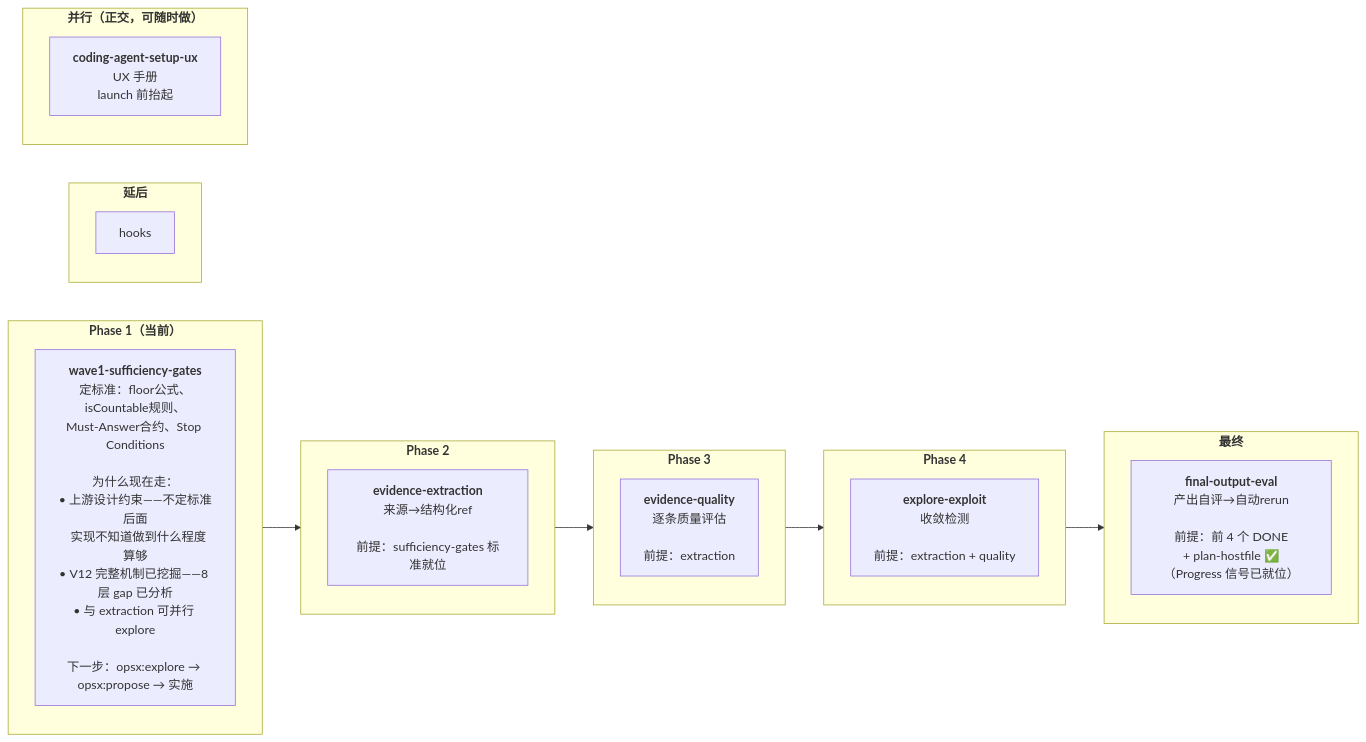
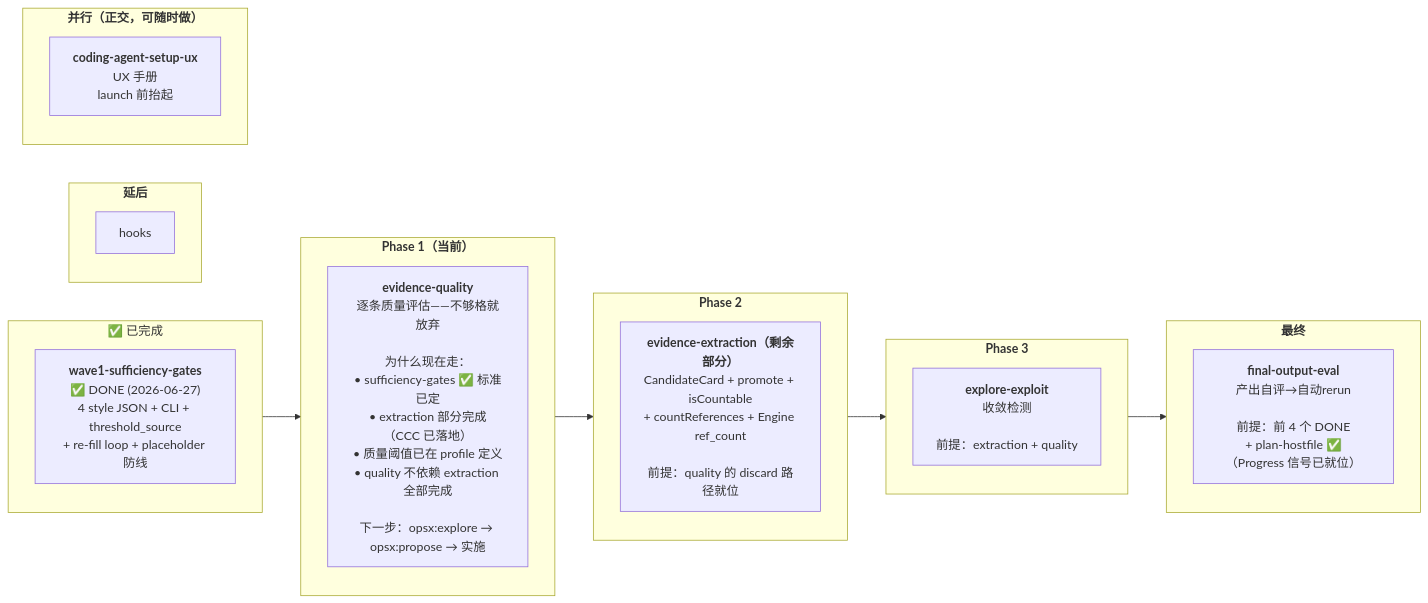
The third of 3 diagrams in _backlog/README.md (ethan-jiang-1/ai_tool_deepresearch), drawn with Mermaid before and after one commit. The commit also changed other lines of this file and 26 other files, not shown here.

````diff
--- a/_backlog/README.md
+++ b/_backlog/README.md
@@ -209,26 +214,27 @@
 ```mermaid
 flowchart LR
+    subgraph DONE["✅ 已完成"]
+        direction TB
+        W1D["<b>wave1-sufficiency-gates</b><br/>✅ DONE (2026-06-27)<br/>4 style JSON + CLI + threshold_source<br/>+ re-fill loop + placeholder 防线"]
+    end
     subgraph P1["<b>Phase 1（当前）</b>"]
         direction TB
-        W1["<b>wave1-sufficiency-gates</b><br/>定标准：floor公式、isCountable规则、<br/>Must-Answer合约、Stop Conditions<br/><br/>为什么现在走：<br/>• 上游设计约束——不定标准后面<br/>  实现不知道做到什么程度算够<br/>• V12 完整机制已挖掘——8 层 gap 已分析<br/>• 与 extraction 可并行 explore<br/><br/>下一步：opsx:explore → opsx:propose → 实施"]
+        EQ["<b>evidence-quality</b><br/>逐条质量评估——不够格就放弃<br/><br/>为什么现在走：<br/>• sufficiency-gates ✅ 标准已定<br/>• extraction 部分完成（CCC 已落地）<br/>• 质量阈值已在 profile 定义<br/>• quality 不依赖 extraction 全部完成<br/><br/>下一步：opsx:explore → opsx:propose → 实施"]
     end
     subgraph P2["<b>Phase 2</b>"]
-        E2["<b>evidence-extraction</b><br/>来源→结构化ref<br/><br/>前提：sufficiency-gates 标准就位"]
+        E2["<b>evidence-extraction（剩余部分）</b><br/>CandidateCard + promote + isCountable<br/>+ countReferences + Engine ref_count<br/><br/>前提：quality 的 discard 路径就位"]
     end
     subgraph P3["<b>Phase 3</b>"]
-        E3["<b>evidence-quality</b><br/>逐条质量评估<br/><br/>前提：extraction"]
-    end
-    subgraph P4["<b>Phase 4</b>"]
-        E4["<b>explore-exploit</b><br/>收敛检测<br/><br/>前提：extraction + quality"]
+        E3["<b>explore-exploit</b><br/>收敛检测<br/><br/>前提：extraction + quality"]
     end
     subgraph DEFER["<b>延后</b>"]
         H["hooks"]
     end
     subgraph PARALLEL["<b>并行（正交，可随时做）</b>"]
         CA["<b>coding-agent-setup-ux</b><br/>UX 手册<br/>launch 前抬起"]
     end
     subgraph FINAL["<b>最终</b>"]
         FO["<b>final-output-eval</b><br/>产出自评→自动rerun<br/><br/>前提：前 4 个 DONE<br/>+ plan-hostfile ✅（Progress 信号已就位）"]
     end
-    P1 --> P2 --> P3 --> P4 --> FINAL
+    DONE --> P1 --> P2 --> P3 --> FINAL
 ```
````
